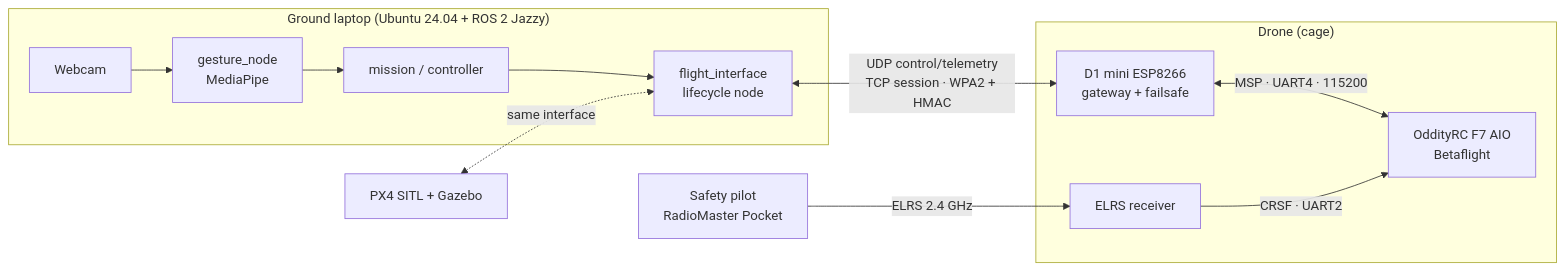
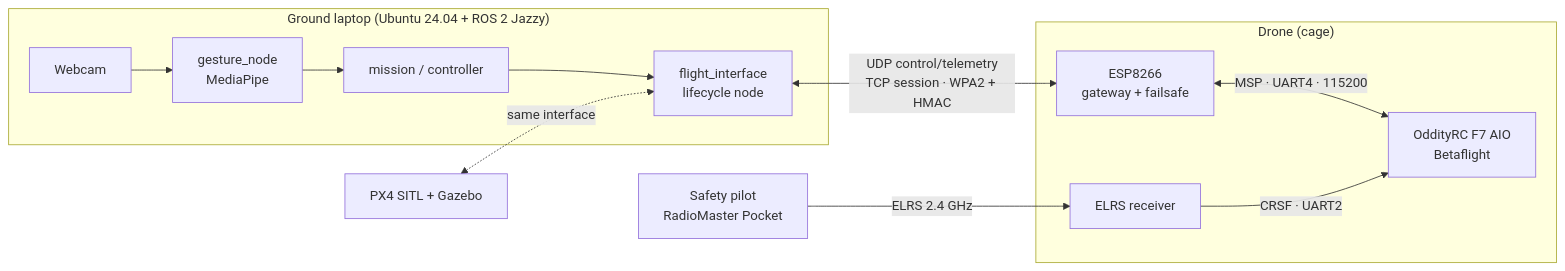
Before and after one commit to SEAME-pt/SEA-ME_Team1_ROSRangers: the diagram in README.md, drawn with Mermaid. The commit also changed other lines of this file and 42 other files, not shown here.

````diff
--- a/README.md
+++ b/README.md
@@ -19,18 +19,18 @@
 ```mermaid
 flowchart LR
   subgraph Ground["Ground laptop (Ubuntu 24.04 + ROS 2 Jazzy)"]
     CAM[Webcam] --> GN["gesture_node<br/>MediaPipe"]
     GN --> MISSION[mission / controller]
     MISSION --> FI["flight_interface<br/>lifecycle node"]
   end
   subgraph Drone["Drone (cage)"]
-    ESP["D1 mini ESP8266<br/>gateway + failsafe"]
+    ESP["ESP8266<br/>gateway + failsafe"]
     FC["OddityRC F7 AIO<br/>Betaflight"]
     ELRS[ELRS receiver]
   end
   FI <-->|"UDP control/telemetry<br/>TCP session · WPA2 + HMAC"| ESP
   ESP <-->|"MSP · UART4 · 115200"| FC
   PILOT["Safety pilot<br/>RadioMaster Pocket"] -->|"ELRS 2.4 GHz"| ELRS
   ELRS -->|"CRSF · UART2"| FC
   SIM["PX4 SITL + Gazebo"] <-.same interface.-> FI
 ```
````
